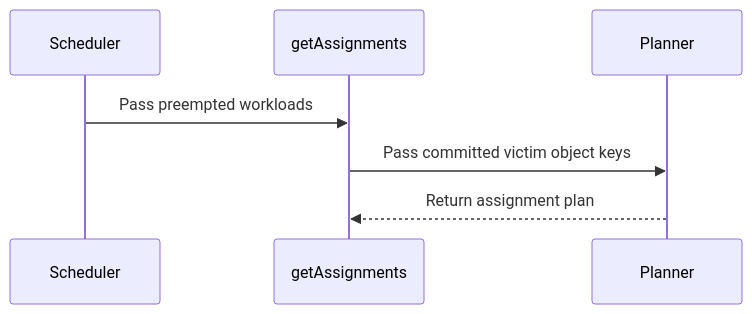
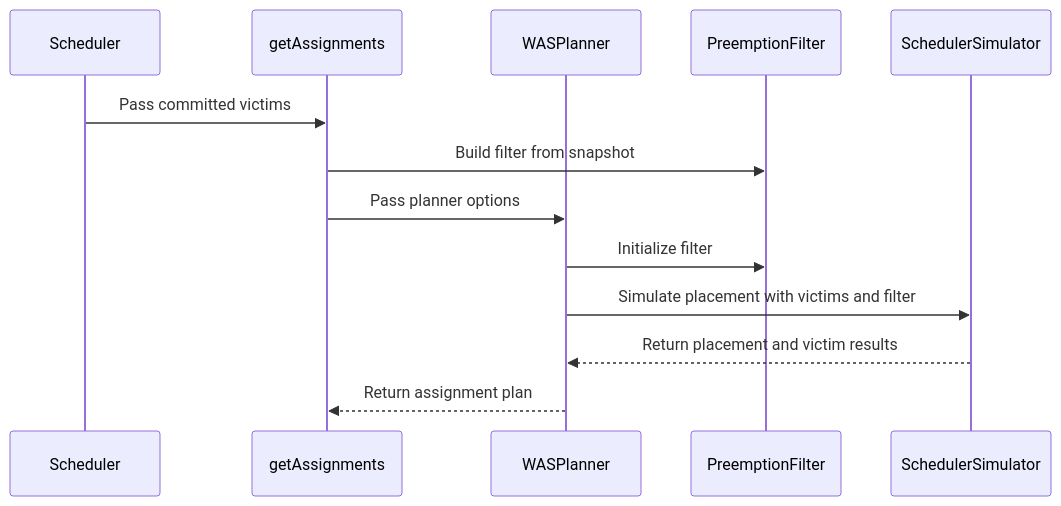
Before and after one commit to reruno/kueue-llm-wiki: the diagram in raw/github/kubernetes-sigs__kueue/pr-17740.md, drawn with Mermaid. The commit also changed other lines of this file and 1586 other files, not shown here.

````diff
--- a/raw/github/kubernetes-sigs__kueue/pr-17740.md
+++ b/raw/github/kubernetes-sigs__kueue/pr-17740.md
@@ -193,9 +200,15 @@
 ```mermaid
 sequenceDiagram
   participant Scheduler
   participant getAssignments
-  participant Planner
-  Scheduler->>getAssignments: Pass preempted workloads
-  getAssignments->>Planner: Pass committed victim object keys
-  Planner-->>getAssignments: Return assignment plan
+  participant WASPlanner
+  participant PreemptionFilter
+  participant SchedulerSimulator
+  Scheduler->>getAssignments: Pass committed victims
+  getAssignments->>PreemptionFilter: Build filter from snapshot
+  getAssignments->>WASPlanner: Pass planner options
+  WASPlanner->>PreemptionFilter: Initialize filter
+  WASPlanner->>SchedulerSimulator: Simulate placement with victims and filter
+  SchedulerSimulator-->>WASPlanner: Return placement and victim results
+  WASPlanner-->>getAssignments: Return assignment plan
 ```
````
